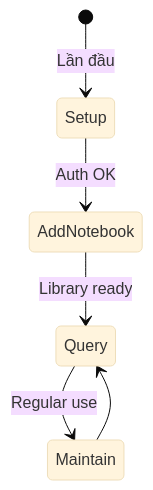
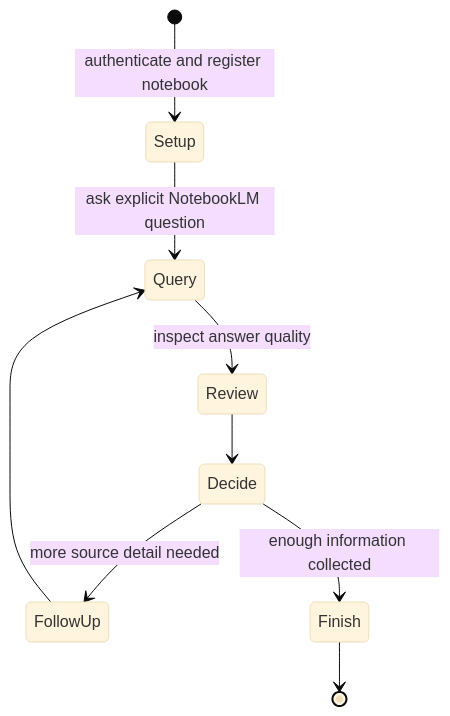
The third of 3 diagrams in references/README.md (khengyun/notebooklm-experts-skill), drawn with Mermaid (base theme) before and after one commit. The commit also changed other lines of this file and 23 other files, not shown here.

````diff
--- a/references/README.md
+++ b/references/README.md
@@ -110,8 +53,14 @@
 ```mermaid
 stateDiagram-v2
-    [*] --> Setup: Lần đầu
-    Setup --> AddNotebook: Auth OK
-    AddNotebook --> Query: Library ready
-    Query --> Maintain: Regular use
-    Maintain --> Query
+  [*] --> Setup: authenticate and register notebook
+  Setup --> Query: ask explicit NotebookLM question
+  Query --> Review: inspect answer quality
+  Review --> Decide
+
+  state Decide <<choice>>
+  Decide --> FollowUp: more source detail needed
+  Decide --> Finish: enough information collected
+
+  FollowUp --> Query
+  Finish --> [*]
 ```
````
